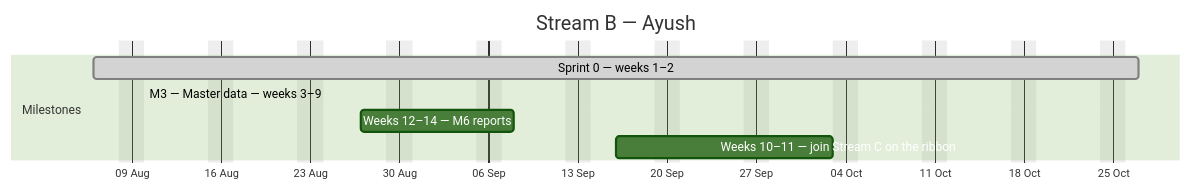
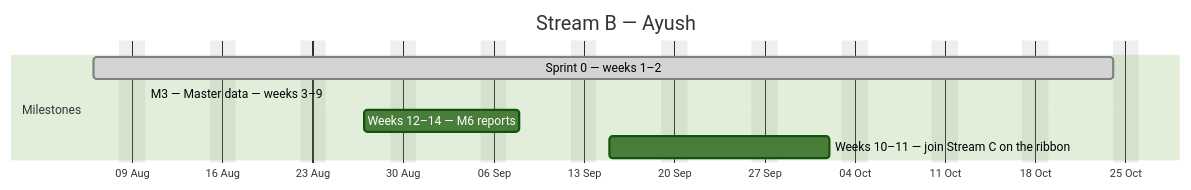
The second of 4 diagrams in docs/plan/GANTT.md (debashisedunext/EduTrack), drawn with Mermaid (forest theme) before and after one commit. The commit also changed other lines of this file and 3 other files, not shown here.

````diff
--- a/docs/plan/GANTT.md
+++ b/docs/plan/GANTT.md
@@ -125,12 +124,12 @@
 ```mermaid
 gantt
     dateFormat YYYY-MM-DD
     axisFormat %d %b
     title Stream B — Ayush
     excludes weekends
     section Milestones
-    Sprint 0 — weeks 1–2 :done, b0, 2026-08-06, 58d
+    Sprint 0 — weeks 1–2 :done, b0, 2026-08-06, 57d
     M3 — Master data — weeks 3–9 :active, b1, 2026-08-10, -20d
     Weeks 12–14 — M6 reports :b2, 2026-08-27, 8d
-    Weeks 10–11 — join Stream C on the ribbon :b3, 2026-09-16, 13d
+    Weeks 10–11 — join Stream C on the ribbon :b3, 2026-09-15, 13d
 ```
````
